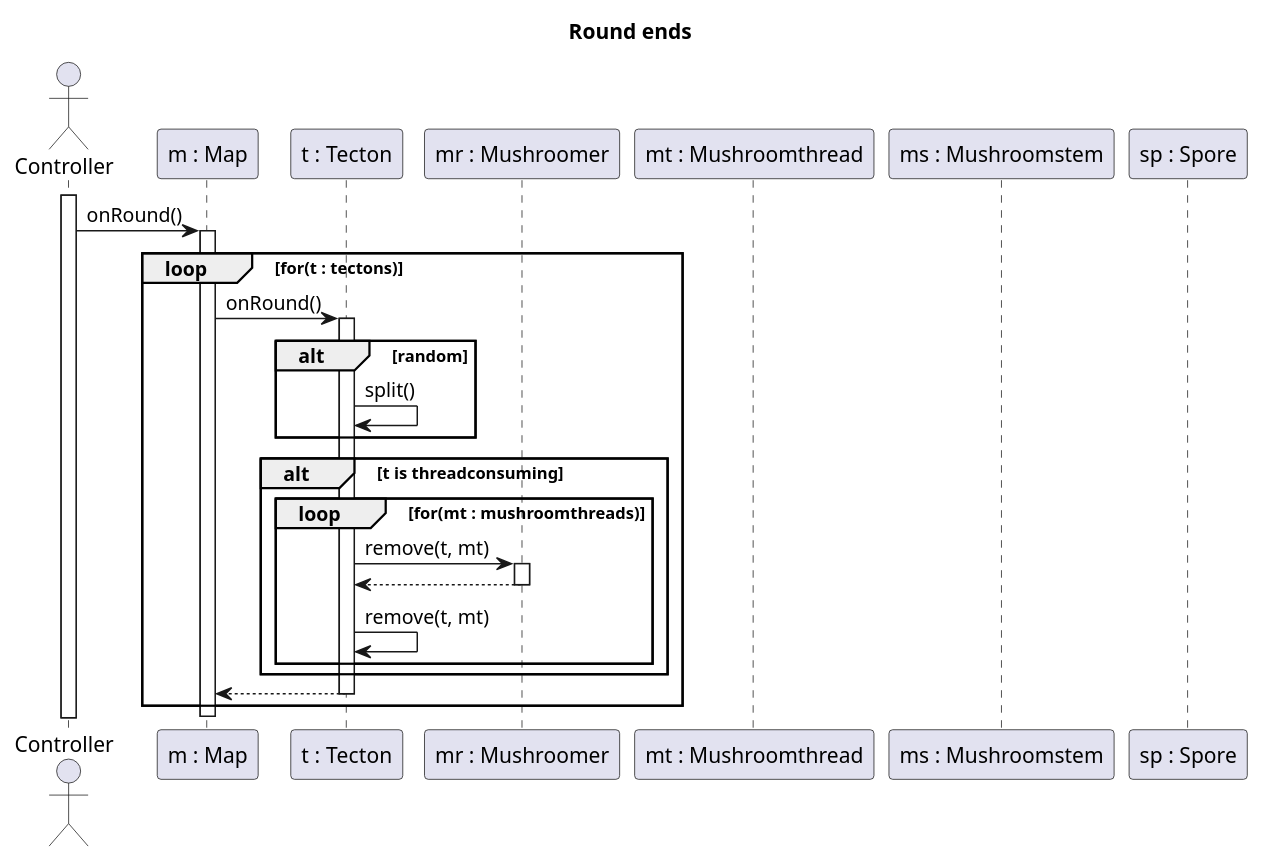
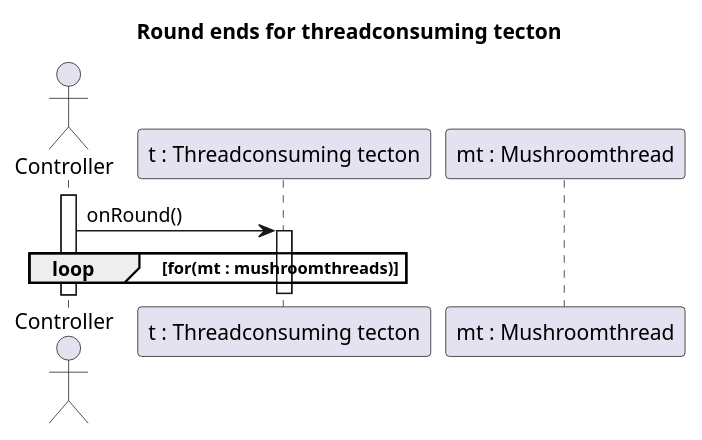
One commit to Petya-G/fungorium changed the diagram in 5/sequences/startsRound.puml. Above: the diagram before and after it, drawn with PlantUML. The commit also changed 12 other files, not shown here.

Commit message:
spores, endturns, class diagram fix

```diff
--- a/5/sequences/startsRound.puml
+++ b/5/sequences/startsRound.puml
@@ -1,41 +1,18 @@
-@startuml NewRoundStarts
-title Round ends
+@startuml Round ends for threadconsuming tecton
+title  Round ends for threadconsuming tecton
 
 actor Controller
-participant "m : Map" as M
-participant "t : Tecton" as T
-participant "mr : Mushroomer" as MR
+participant "t : Threadconsuming tecton" as T
 participant "mt : Mushroomthread" as MT
-participant "ms : Mushroomstem" as MS
-participant "sp : Spore" as SP
 
 activate Controller
-Controller -> M : onRound()
-activate M
+Controller -> T : onRound()
+activate T
 
-loop for(t : tectons)
-    M -> T : onRound()
-    activate T
+loop for(mt : mushroomthreads)
+    
+end
 
-    alt random
-        T -> T : split()
-        'edit here
-    end
-
-    alt t is threadconsuming
-        loop for(mt : mushroomthreads)
-            T -> MR : remove(t, mt)
-            activate MR
-            T <-- MR
-            deactivate MR
-
-            T -> T : remove(t, mt)
-        end
-    end
-
-    M <-- T
-    deactivate T
-end
-deactivate M
+deactivate T
 
 @enduml
```
